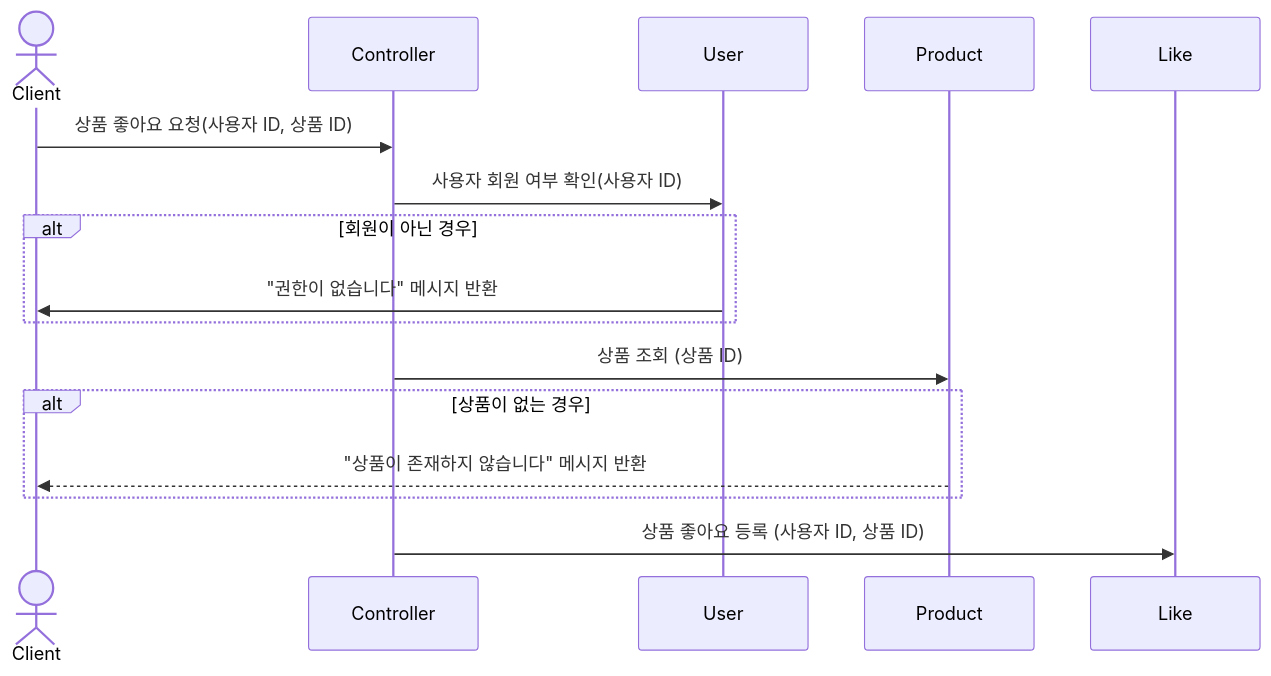
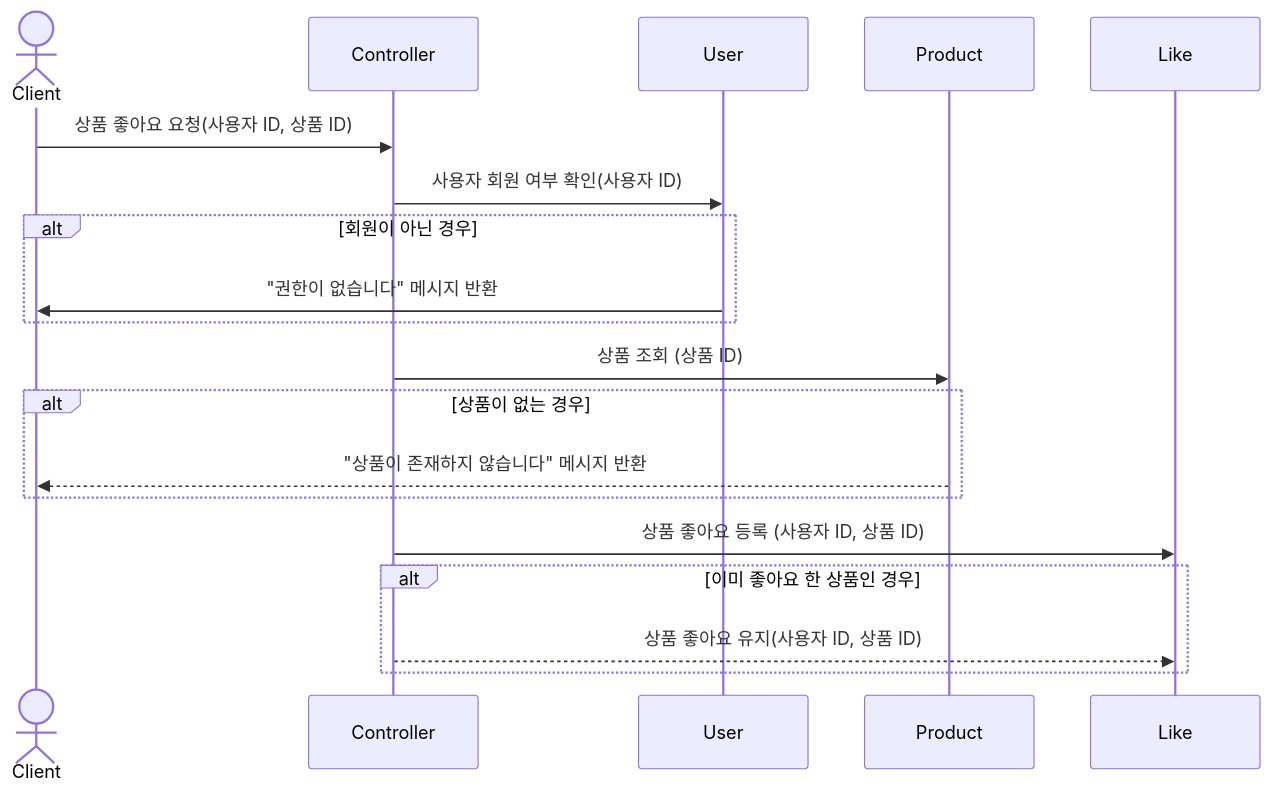
Before and after one commit to kinowk/e-commerce: the fourth of 9 diagrams in docs/design/02-sequence-diagrams.md, drawn with Mermaid. The commit also changed other lines of this file, not shown here.

Commit message:
docs: 시퀀스 다이어그램 좋아요 멱등성 추가

````diff
--- a/docs/design/02-sequence-diagrams.md
+++ b/docs/design/02-sequence-diagrams.md
@@ -64,19 +64,22 @@
 ```mermaid
 sequenceDiagram
     actor Client
     participant Controller
     participant User
     participant Product
     participant Like
     
     Client ->> Controller: 상품 좋아요 요청(사용자 ID, 상품 ID)
     Controller ->> User: 사용자 회원 여부 확인(사용자 ID)
     alt 회원이 아닌 경우
     User ->> Client: "권한이 없습니다" 메시지 반환
     end
     Controller ->> Product: 상품 조회 (상품 ID)
     alt 상품이 없는 경우
     Product -->> Client: "상품이 존재하지 않습니다" 메시지 반환
     end
     Controller ->> Like: 상품 좋아요 등록 (사용자 ID, 상품 ID)
+    alt 이미 좋아요 한 상품인 경우
+    Controller -->> Like: 상품 좋아요 유지(사용자 ID, 상품 ID)
+    end
 ```
````
